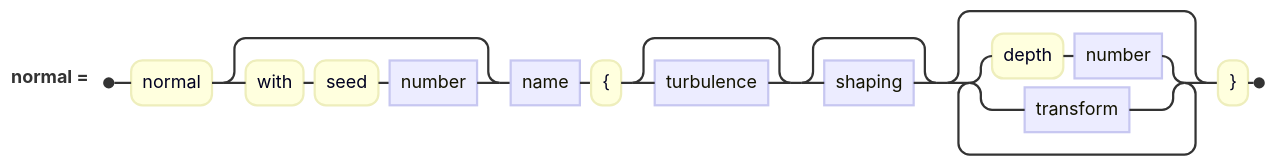
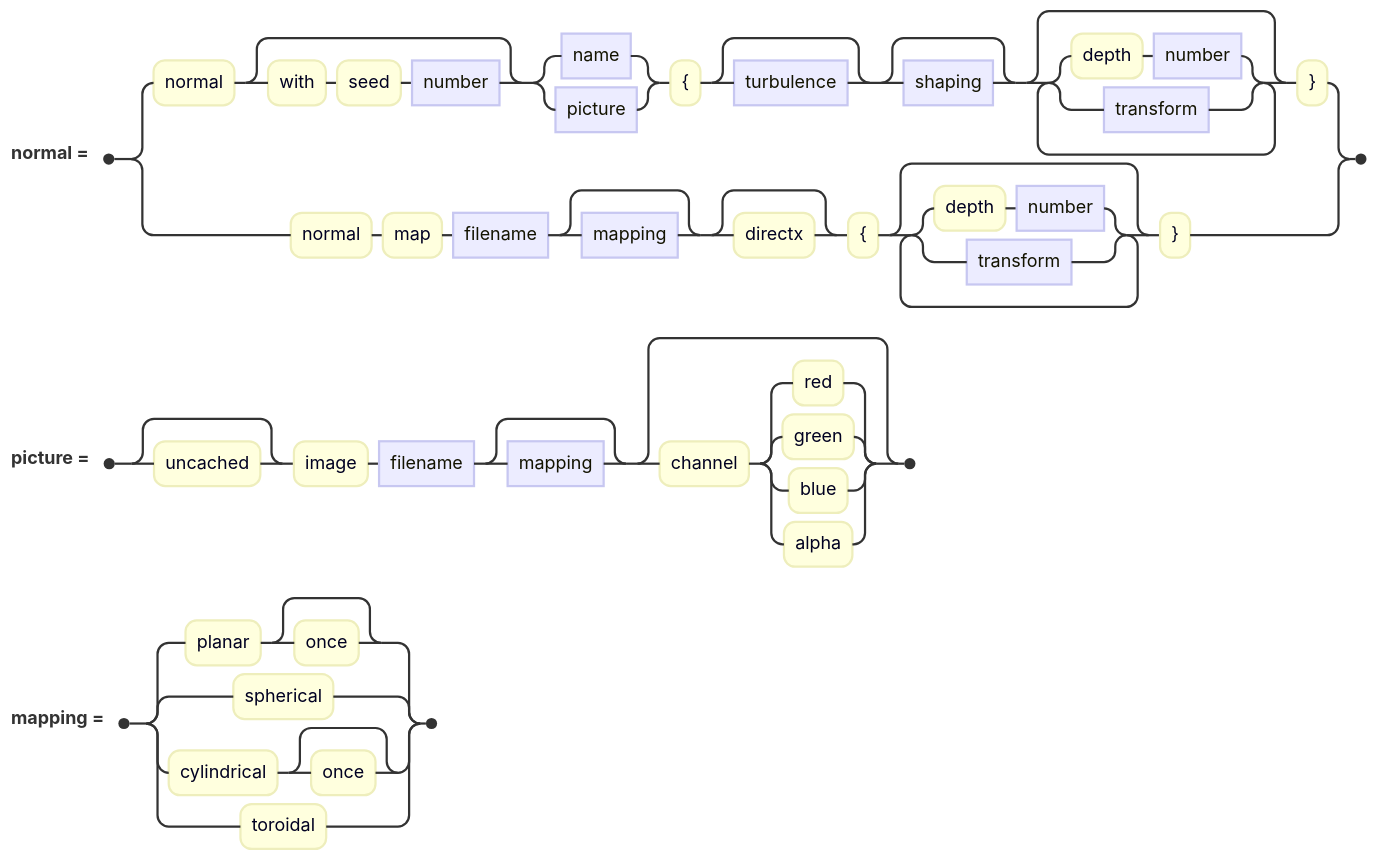
The diagram in docs/diagrams/materials/normalClause.mmd (jskress/RayTracer), drawn with Mermaid before and after one commit. The commit also changed 47 other files, not shown here.

```diff
--- a/docs/diagrams/materials/normalClause.mmd
+++ b/docs/diagrams/materials/normalClause.mmd
@@ -1,5 +1,10 @@
 railroad-ebnf-beta
 title "Roughening a surface"
 
-normal = "normal" [ "with" "seed" number ] name "{" [ turbulence ] [ shaping ]
-         { "depth" number | transform } "}" ;
+normal = "normal" [ "with" "seed" number ] ( name | picture ) "{" [ turbulence ] [ shaping ]
+         { "depth" number | transform } "}"
+       | "normal" "map" filename [ mapping ] [ "directx" ] "{" { "depth" number | transform } "}" ;
+
+picture = [ "uncached" ] "image" filename [ mapping ] [ "channel" ( "red" | "green" | "blue" | "alpha" ) ] ;
+
+mapping = "planar" [ "once" ] | "spherical" | "cylindrical" [ "once" ] | "toroidal" ;
```
